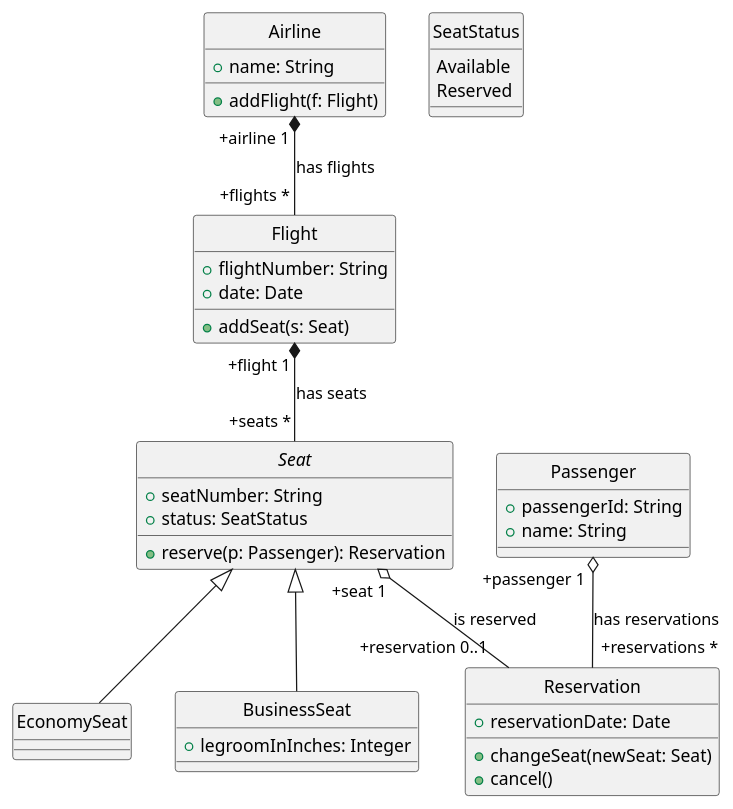
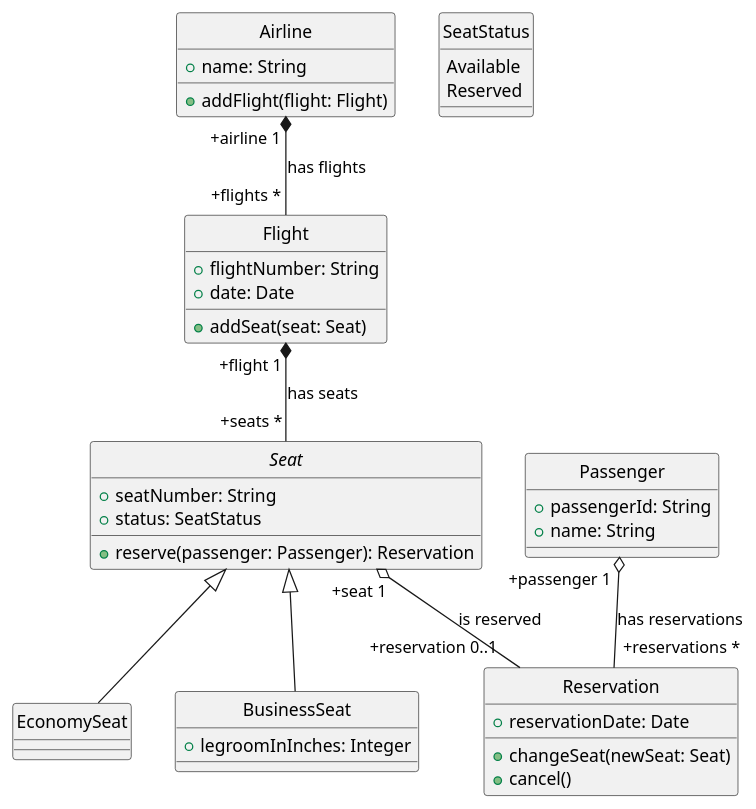
One commit to scx-othr/MoProCo-evaluation changed the diagram in airline/classical-uml/main.puml. Above: the diagram before and after it, drawn with PlantUML. The commit also changed 13 other files, not shown here.

```diff
--- a/airline/classical-uml/main.puml
+++ b/airline/classical-uml/main.puml
@@ -1,50 +1,50 @@
 @startuml
 hide circle
 
 class Airline {
   +name: String
-  +addFlight(f: Flight)
+  +addFlight(flight: Flight)
 }
 
 class Flight {
   +flightNumber: String
   +date: Date
-  +addSeat(s: Seat)
+  +addSeat(seat: Seat)
 }
 
 abstract class Seat {
   +seatNumber: String
   +status: SeatStatus
-  +reserve(p: Passenger): Reservation
+  +reserve(passenger: Passenger): Reservation
 }
 
 class EconomySeat
 
 class BusinessSeat {
   +legroomInInches: Integer
 }
 
 class Passenger {
   +passengerId: String
   +name: String
 }
 
 class Reservation {
   +reservationDate: Date
   +changeSeat(newSeat: Seat)
   +cancel()
 }
 
 enum SeatStatus {
   Available
   Reserved
 }
 
 Airline "+airline 1" *-- "+flights *" Flight: has flights
 Flight "+flight 1" *-- "+seats *" Seat: has seats
 Passenger "+passenger 1" o-- "+reservations *" Reservation: has reservations
 Seat "+seat 1" o-- "+reservation 0..1" Reservation: is reserved
 
 Seat <|-- EconomySeat
 Seat <|-- BusinessSeat
 @enduml
```
